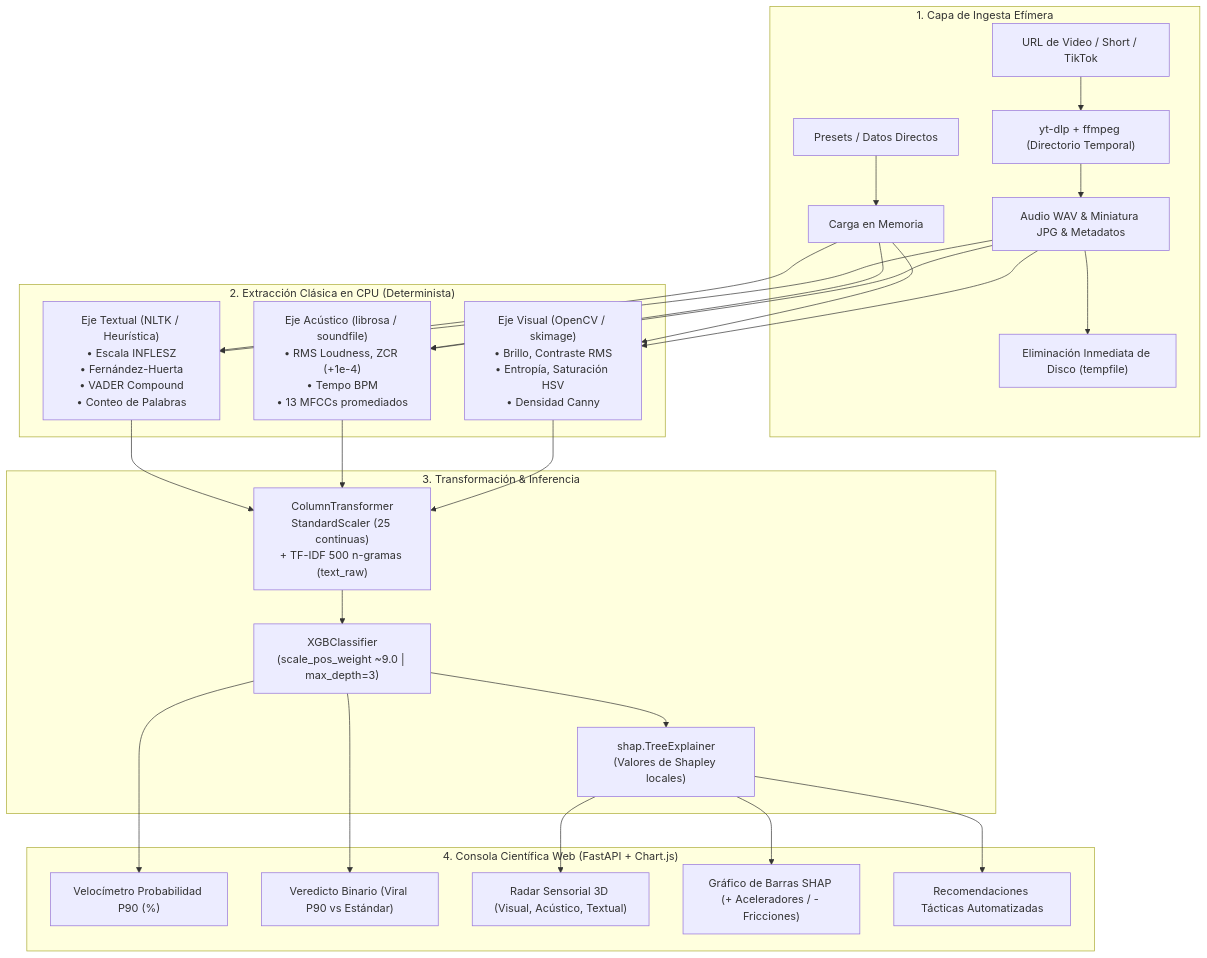
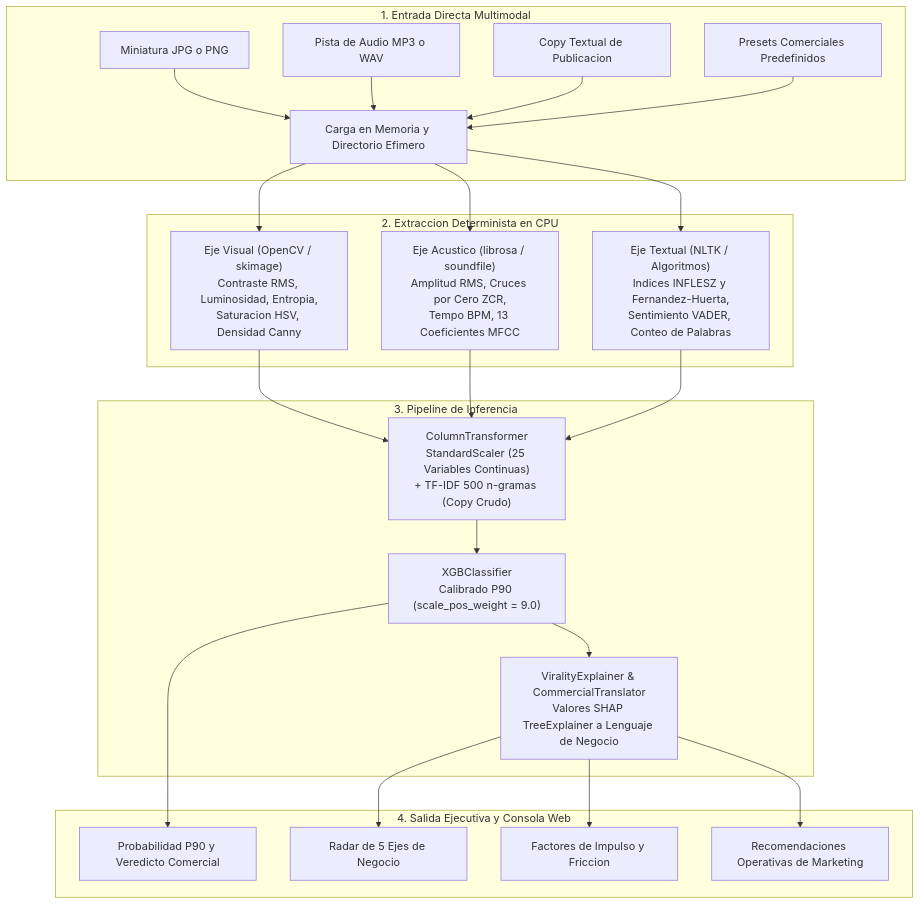
The diagram in README.md (zenanfs/SonixPulse-AI), drawn with Mermaid before and after one commit. The commit also changed other lines of this file and 18 other files, not shown here.

````diff
--- a/README.md
+++ b/README.md
@@ -200,29 +240,28 @@
 ```mermaid
 flowchart TD
-    subgraph INGESTA["1. Capa de Ingesta Efímera"]
-        A1["URL de Video / Short / TikTok"] --> B1["yt-dlp + ffmpeg (Directorio Temporal)"]
-        A2["Presets / Datos Directos"] --> B2["Carga en Memoria"]
-        B1 --> C1["Audio WAV & Miniatura JPG & Metadatos"]
-        C1 --> C2["Eliminación Inmediata de Disco (tempfile)"]
+    subgraph INGESTA["1. Entrada Directa Multimodal"]
+        A1["Miniatura JPG o PNG"] --> B["Carga en Memoria y Directorio Efimero"]
+        A2["Pista de Audio MP3 o WAV"] --> B
+        A3["Copy Textual de Publicacion"] --> B
+        A4["Presets Comerciales Predefinidos"] --> B
     end
 
-    subgraph EXTRACCION["2. Extracción Clásica en CPU (Determinista)"]
-        C1 & B2 --> D1["Eje Visual (OpenCV / skimage)\n• Brillo, Contraste RMS\n• Entropía, Saturación HSV\n• Densidad Canny"]
-        C1 & B2 --> D2["Eje Acústico (librosa / soundfile)\n• RMS Loudness, ZCR (+1e-4)\n• Tempo BPM\n• 13 MFCCs promediados"]
-        C1 & B2 --> D3["Eje Textual (NLTK / Heurística)\n• Escala INFLESZ\n• Fernández-Huerta\n• VADER Compound\n• Conteo de Palabras"]
+    subgraph EXTRACCION["2. Extraccion Determinista en CPU"]
+        B --> C1["Eje Visual (OpenCV / skimage)\nContraste RMS, Luminosidad, Entropia,\nSaturacion HSV, Densidad Canny"]
+        B --> C2["Eje Acustico (librosa / soundfile)\nAmplitud RMS, Cruces por Cero ZCR,\nTempo BPM, 13 Coeficientes MFCC"]
+        B --> C3["Eje Textual (NLTK / Algoritmos)\nIndices INFLESZ y Fernandez-Huerta,\nSentimiento VADER, Conteo de Palabras"]
     end
 
-    subgraph MODELO["3. Transformación & Inferencia"]
-        D1 & D2 & D3 --> E["ColumnTransformer\nStandardScaler (25 continuas)\n+ TF-IDF 500 n-gramas (text_raw)"]
-        E --> F["XGBClassifier\n(scale_pos_weight ~9.0 | max_depth=3)"]
-        F --> G["shap.TreeExplainer\n(Valores de Shapley locales)"]
+    subgraph MODELO["3. Pipeline de Inferencia"]
+        C1 & C2 & C3 --> D["ColumnTransformer\nStandardScaler (25 Variables Continuas)\n+ TF-IDF 500 n-gramas (Copy Crudo)"]
+        D --> E["XGBClassifier\nCalibrado P90 (scale_pos_weight = 9.0)"]
+        E --> F["ViralityExplainer & CommercialTranslator\nValores SHAP TreeExplainer a Lenguaje de Negocio"]
     end
 
-    subgraph SALIDA["4. Consola Científica Web (FastAPI + Chart.js)"]
-        F --> H1["Velocímetro Probabilidad P90 (%)"]
-        F --> H2["Veredicto Binario (Viral P90 vs Estándar)"]
-        G --> H3["Radar Sensorial 3D (Visual, Acústico, Textual)"]
-        G --> H4["Gráfico de Barras SHAP (+ Aceleradores / - Fricciones)"]
-        G --> H5["Recomendaciones Tácticas Automatizadas"]
+    subgraph SALIDA["4. Salida Ejecutiva y Consola Web"]
+        E --> G1["Probabilidad P90 y Veredicto Comercial"]
+        F --> G2["Radar de 5 Ejes de Negocio"]
+        F --> G3["Factores de Impulso y Friccion"]
+        F --> G4["Recomendaciones Operativas de Marketing"]
     end
 ```
````
